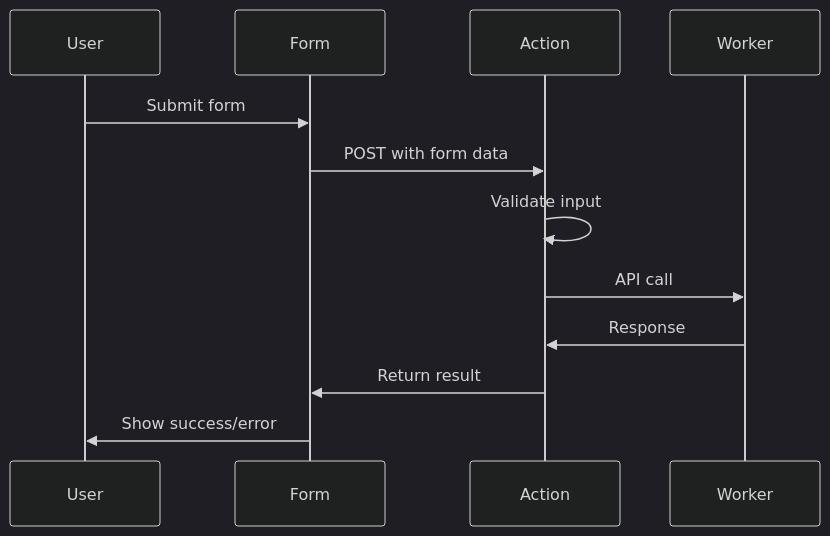
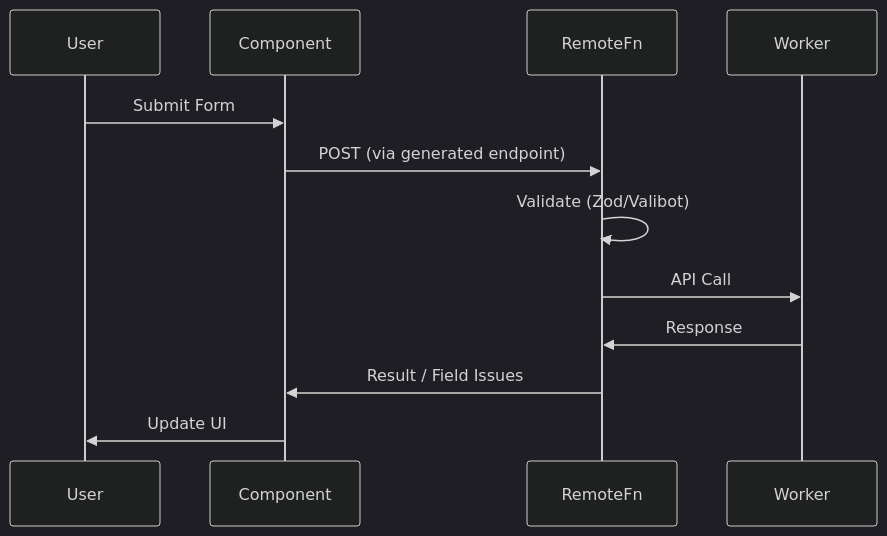
One commit to brucemckayone/codex changed the third of 6 diagrams in design/frontend/DATA.md. Above: the diagram before and after it, drawn with Mermaid (dark theme). The commit also changed other lines of this file and 5 other files, not shown here.

````diff
--- a/design/frontend/DATA.md
+++ b/design/frontend/DATA.md
@@ -164,15 +200,15 @@
 ```mermaid
 sequenceDiagram
     participant User
-    participant Form
-    participant Action
+    participant Component
+    participant RemoteFn
     participant Worker
 
-    User->>Form: Submit form
-    Form->>Action: POST with form data
-    Action->>Action: Validate input
-    Action->>Worker: API call
-    Worker->>Action: Response
-    Action->>Form: Return result
-    Form->>User: Show success/error
+    User->>Component: Submit Form
+    Component->>RemoteFn: POST (via generated endpoint)
+    RemoteFn->>RemoteFn: Validate (Zod/Valibot)
+    RemoteFn->>Worker: API Call
+    Worker->>RemoteFn: Response
+    RemoteFn->>Component: Result / Field Issues
+    Component->>User: Update UI
 ```
````
